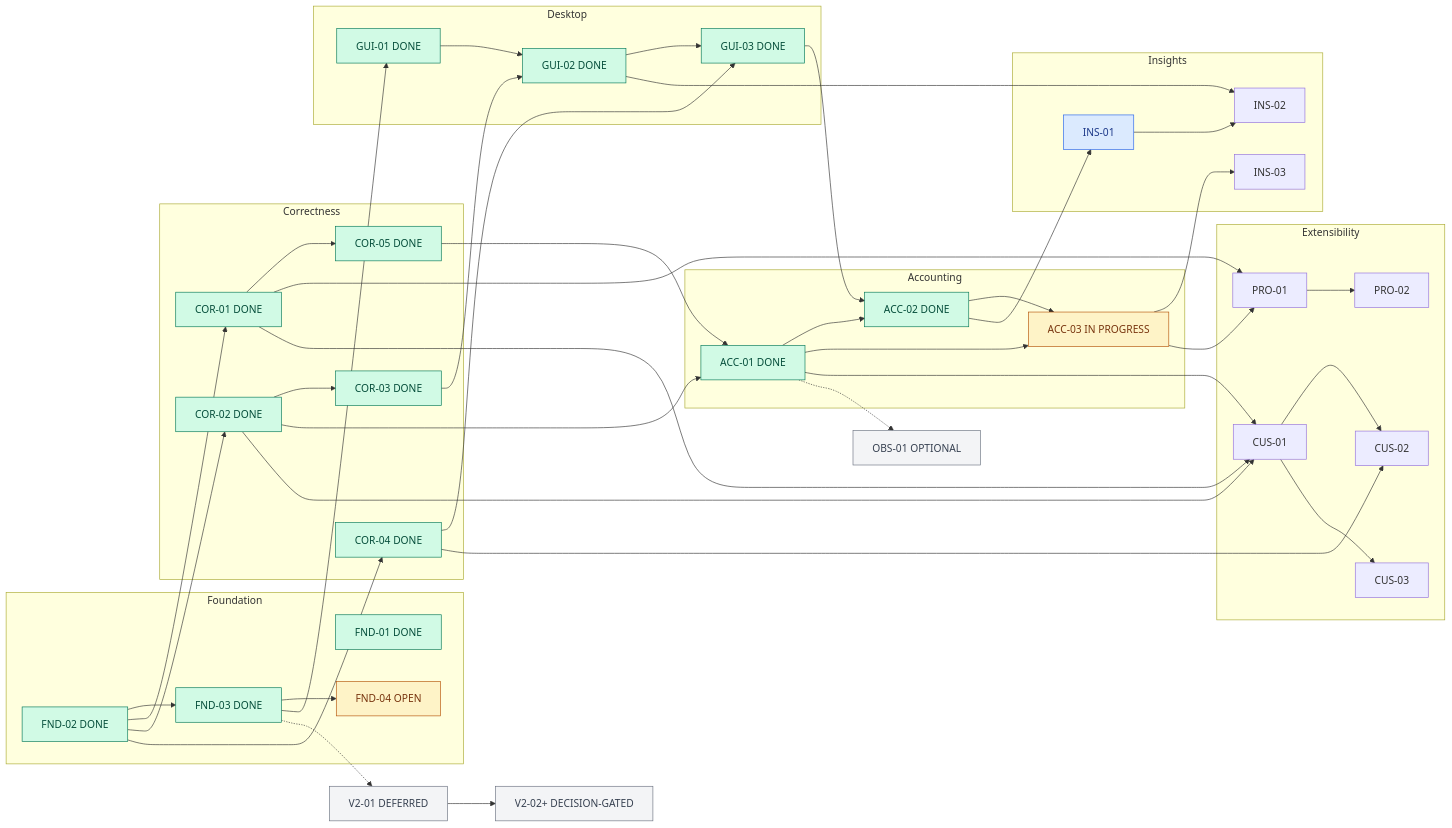
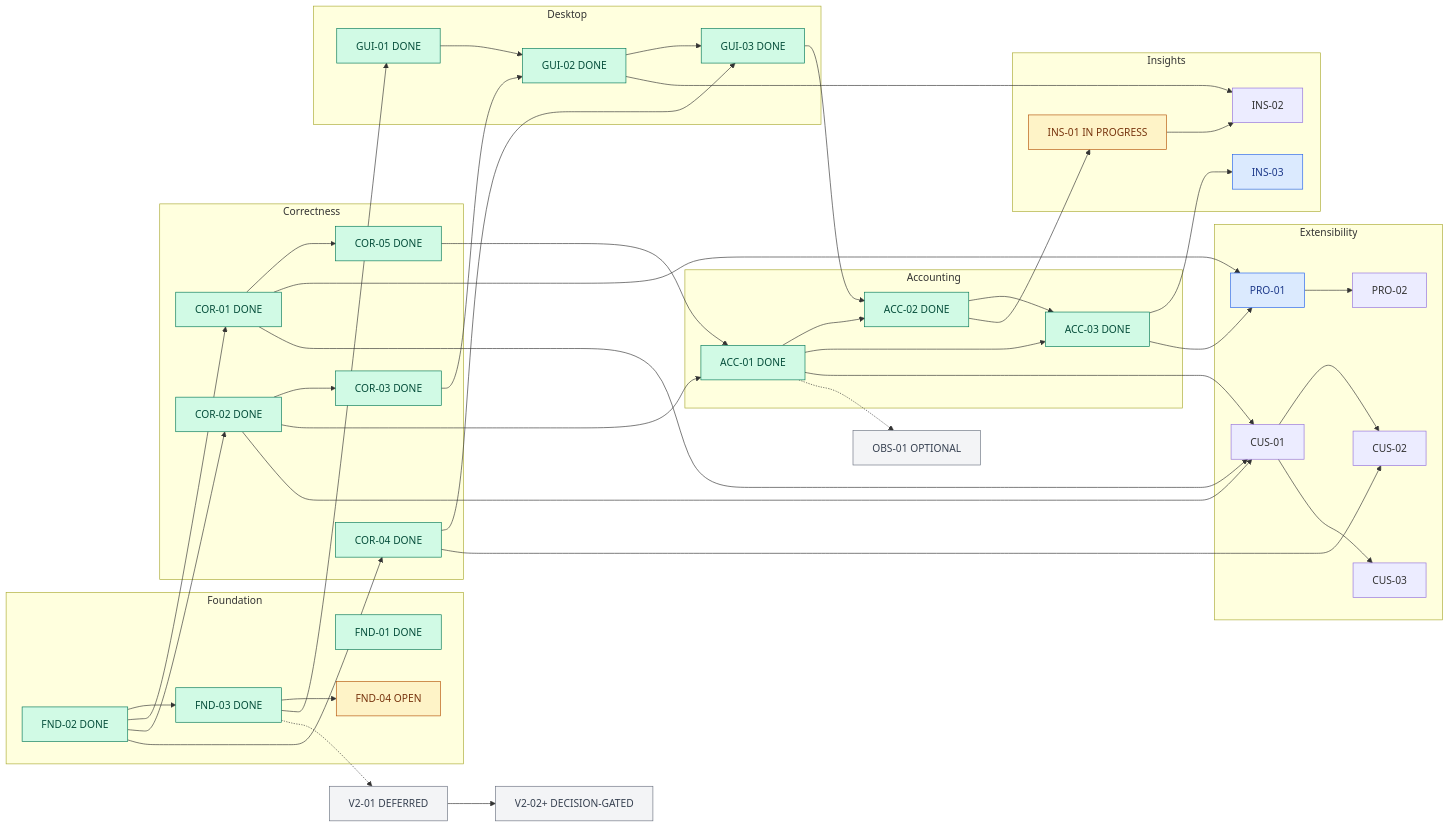
The second of 2 diagrams in docs/UPSTREAM_DELIVERY_PLAN.md (slkiser/opencode-quota), drawn with Mermaid before and after one commit. The commit also changed other lines of this file and 14 other files, not shown here.

````diff
--- a/docs/UPSTREAM_DELIVERY_PLAN.md
+++ b/docs/UPSTREAM_DELIVERY_PLAN.md
@@ -182,58 +182,58 @@
 ```mermaid
 flowchart LR
   subgraph Foundation
     F01["FND-01 DONE"]
     F02["FND-02 DONE"] --> F03["FND-03 DONE"]
     F03 --> F04["FND-04 OPEN"]
   end
   subgraph Correctness
     F02 --> C01["COR-01 DONE"]
     F02 --> C02["COR-02 DONE"]
     C02 --> C03["COR-03 DONE"]
     F02 --> C04["COR-04 DONE"]
     C01 --> C05["COR-05 DONE"]
   end
   subgraph Desktop
     F03 --> G01["GUI-01 DONE"]
     G01 --> G02["GUI-02 DONE"]
     C03 --> G02
     G02 --> G03["GUI-03 DONE"]
     C04 --> G03
   end
   subgraph Accounting
     C02 --> A01["ACC-01 DONE"]
     C05 --> A01
     A01 --> A02["ACC-02 DONE"]
     G03 --> A02
-    A01 --> A03["ACC-03 IN PROGRESS"]
+    A01 --> A03["ACC-03 DONE"]
     A02 --> A03
   end
   subgraph Insights
-    A02 --> I01["INS-01"]
+    A02 --> I01["INS-01 IN PROGRESS"]
     I01 --> I02["INS-02"]
     G02 --> I02
     A03 --> I03["INS-03"]
   end
   subgraph Extensibility
     A03 --> P01["PRO-01"]
     C01 --> P01
     P01 --> P02["PRO-02"]
     A01 --> U01["CUS-01"]
     C01 --> U01
     C02 --> U01
     U01 --> U02["CUS-02"]
     C04 --> U02
     U01 --> U03["CUS-03"]
   end
   A01 -.-> O01["OBS-01 OPTIONAL"]
   F03 -.-> V01["V2-01 DEFERRED"]
   V01 --> V02["V2-02+ DECISION-GATED"]
   classDef done fill:#d1fae5,stroke:#047857,color:#064e3b;
   classDef active fill:#fef3c7,stroke:#b45309,color:#78350f;
   classDef ready fill:#dbeafe,stroke:#2563eb,color:#1e3a8a;
   classDef optional fill:#f3f4f6,stroke:#6b7280,color:#374151;
-  class F01,F02,F03,C01,C02,C03,C04,C05,G01,G02,G03,A01,A02 done;
-  class F04,A03 active;
-  class I01 ready;
+  class F01,F02,F03,C01,C02,C03,C04,C05,G01,G02,G03,A01,A02,A03 done;
+  class F04,I01 active;
+  class I03,P01 ready;
   class O01,V01,V02 optional;
 ```
````
